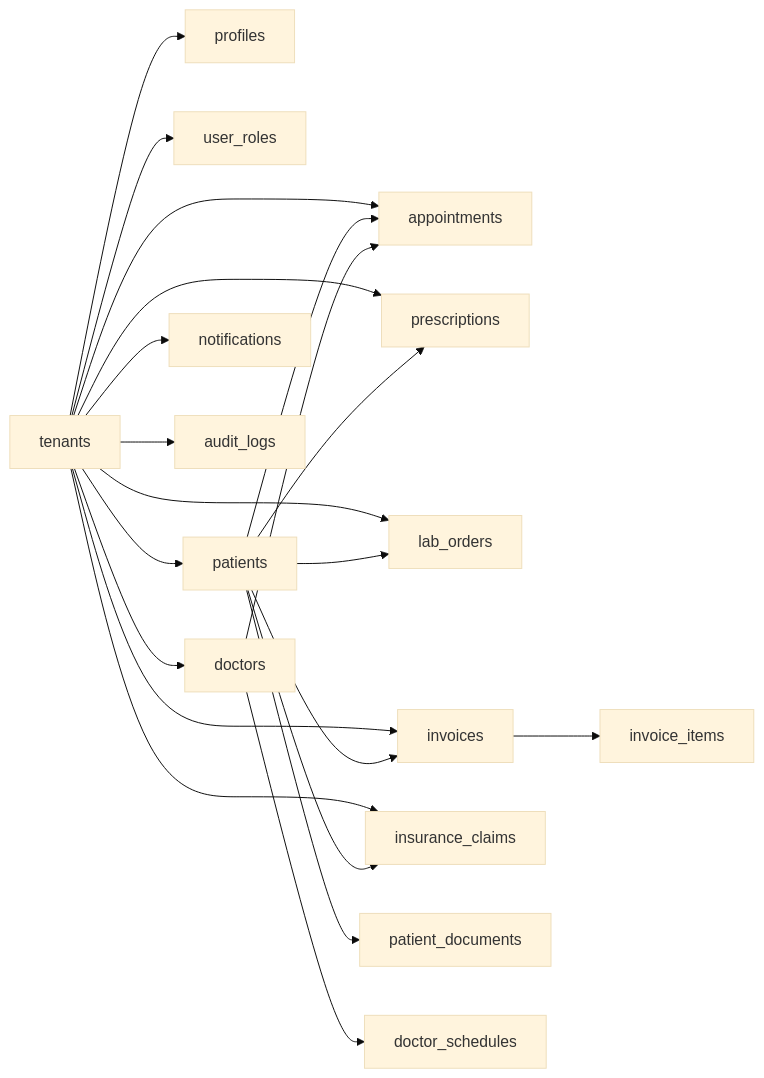
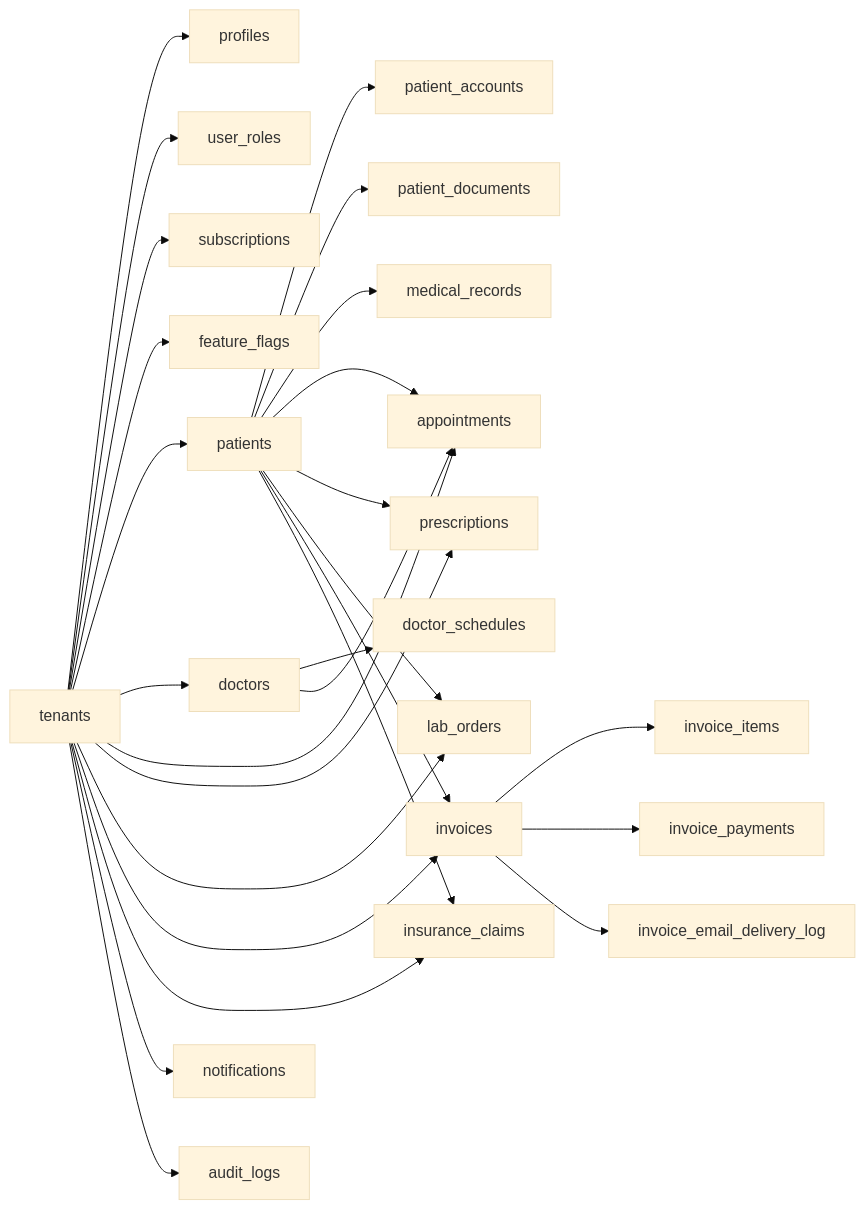
One commit to abdallahh166/shefa changed the diagram in README.md. Above: the diagram before and after it, drawn with Mermaid (base theme). The commit also changed other lines of this file, not shown here.

Commit message:
feat(docs): update README to reflect Shefaa Clinic Platform details and system architecture

````diff
--- a/README.md
+++ b/README.md
@@ -503,26 +441,32 @@
 ```mermaid
 flowchart LR
   tenants["tenants"] --> profiles["profiles"]
   tenants --> user_roles["user_roles"]
+  tenants --> subscriptions["subscriptions"]
+  tenants --> feature_flags["feature_flags"]
   tenants --> patients["patients"]
   tenants --> doctors["doctors"]
   tenants --> appointments["appointments"]
   tenants --> prescriptions["prescriptions"]
   tenants --> lab_orders["lab_orders"]
   tenants --> invoices["invoices"]
   tenants --> insurance_claims["insurance_claims"]
   tenants --> notifications["notifications"]
   tenants --> audit_logs["audit_logs"]
 
+  patients --> patient_accounts["patient_accounts"]
   patients --> patient_documents["patient_documents"]
+  patients --> medical_records["medical_records"]
   patients --> appointments
   patients --> prescriptions
   patients --> lab_orders
   patients --> invoices
   patients --> insurance_claims
 
+  doctors --> doctor_schedules["doctor_schedules"]
   doctors --> appointments
-  doctors --> doctor_schedules["doctor_schedules"]
 
   invoices --> invoice_items["invoice_items"]
+  invoices --> invoice_payments["invoice_payments"]
+  invoices --> invoice_email_delivery_log["invoice_email_delivery_log"]
 ```
````
